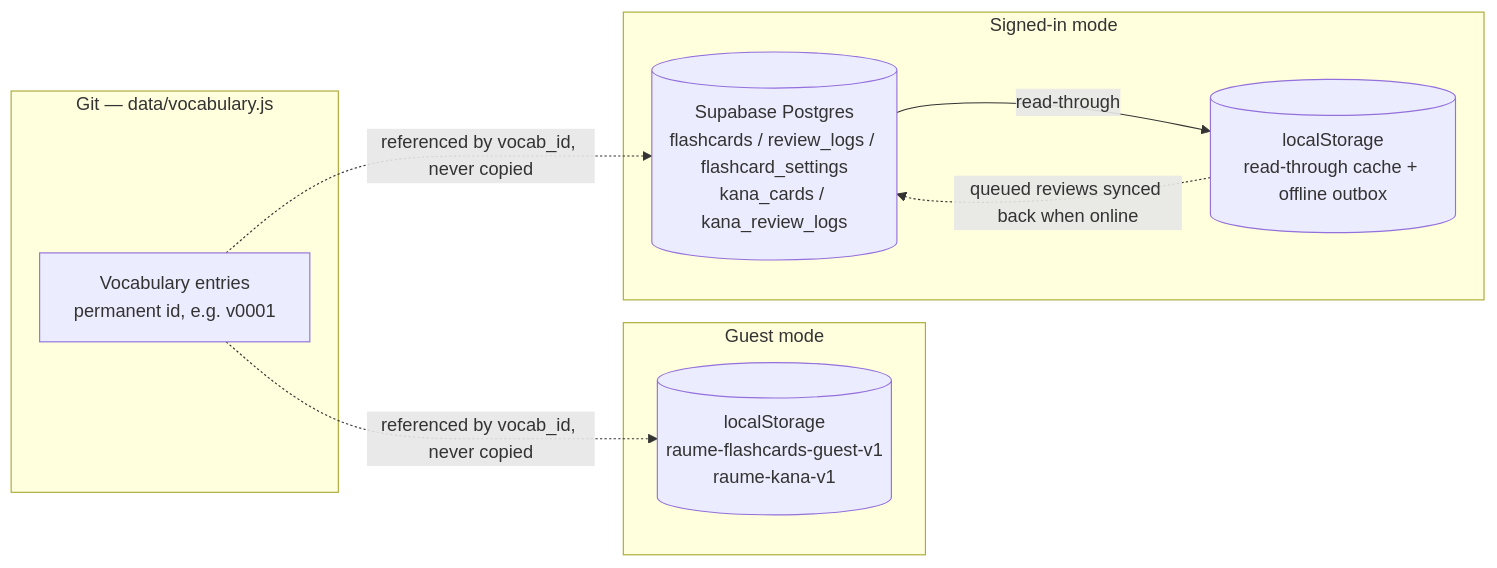
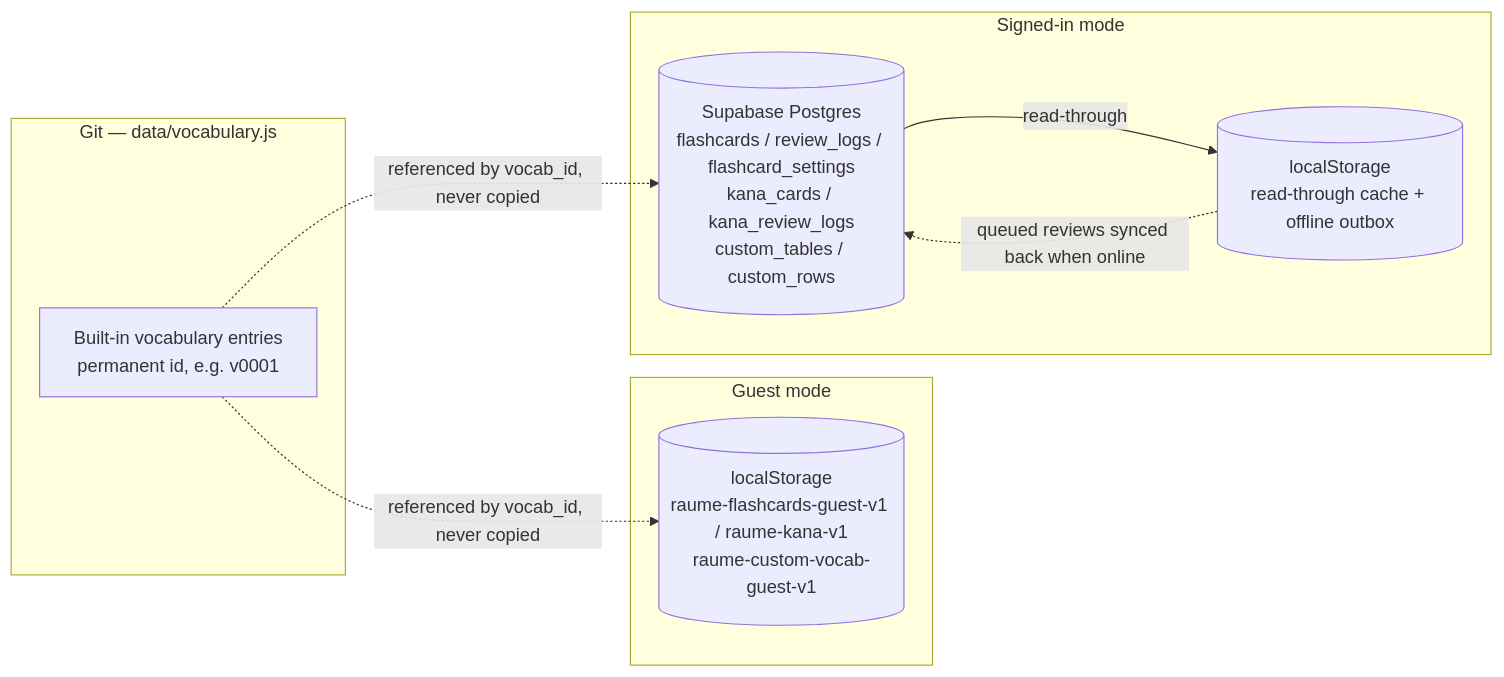
Before and after one commit to xxvazquez/raume: the diagram in docs/architecture.md, drawn with Mermaid. The commit also changed other lines of this file and 17 other files, not shown here.

First line of the commit message:
Add custom vocabulary: your own rows, tables, and CSV import

````diff
--- a/docs/architecture.md
+++ b/docs/architecture.md
@@ -36,18 +39,18 @@
 ```mermaid
 flowchart LR
     subgraph git["Git — data/vocabulary.js"]
-        V["Vocabulary entries<br/>permanent id, e.g. v0001"]
+        V["Built-in vocabulary entries<br/>permanent id, e.g. v0001"]
     end
     subgraph guest["Guest mode"]
-        LS[("localStorage<br/>raume-flashcards-guest-v1<br/>raume-kana-v1")]
+        LS[("localStorage<br/>raume-flashcards-guest-v1 / raume-kana-v1<br/>raume-custom-vocab-guest-v1")]
     end
     subgraph account["Signed-in mode"]
-        SB[("Supabase Postgres<br/>flashcards / review_logs / flashcard_settings<br/>kana_cards / kana_review_logs")]
+        SB[("Supabase Postgres<br/>flashcards / review_logs / flashcard_settings<br/>kana_cards / kana_review_logs<br/>custom_tables / custom_rows")]
         Cache[("localStorage<br/>read-through cache + offline outbox")]
     end
 
     V -. "referenced by vocab_id, never copied" .-> LS
     V -. "referenced by vocab_id, never copied" .-> SB
     SB -- "read-through" --> Cache
     Cache -. "queued reviews synced back when online" .-> SB
 ```
````
